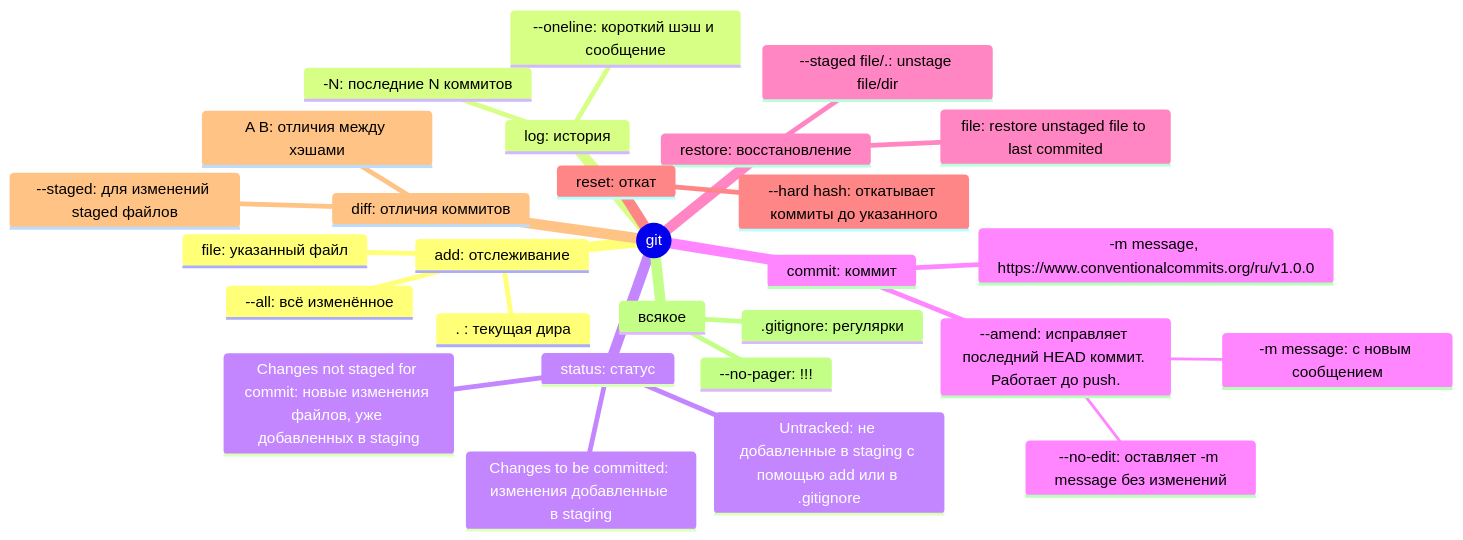
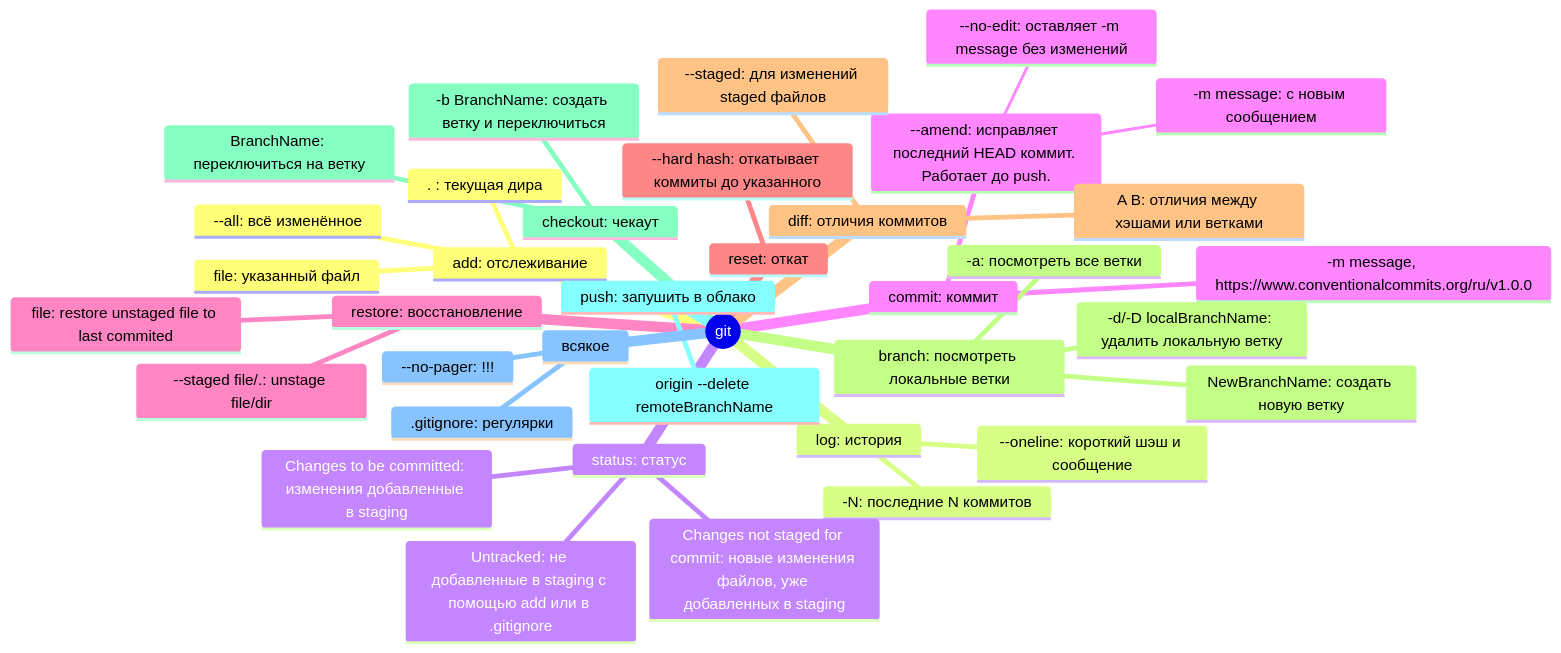
One commit to virtua10ne/wannabe_devops changed the diagram in README.md. Above: the diagram before and after it, drawn with Mermaid.

Commit message:
README: changes to mindmap

````diff
--- a/README.md
+++ b/README.md
@@ -68,31 +68,40 @@
 ```mermaid
 mindmap
   root((git))
     add: отслеживание
       . : текущая дира
       file: указанный файл
       --all: всё изменённое
     log: история
       --oneline: короткий шэш и сообщение
       -N: последние N коммитов
     status: статус
       Untracked: не добавленные в staging с помощью add или в .gitignore
       Changes not staged for commit: новые изменения файлов, уже добавленных в staging
       Changes to be committed: изменения добавленные в staging
     commit: коммит
       -m message, https://www.conventionalcommits.org/ru/v1.0.0
       --amend: исправляет последний HEAD коммит. Работает до push.
         -m message: с новым сообщением
         --no-edit: оставляет -m message без изменений
     restore: восстановление
       file: restore unstaged file to last commited
       --staged file/.: unstage file/dir
     reset: откат
       --hard hash: откатывает коммиты до указанного
     diff: отличия коммитов
       --staged: для изменений staged файлов
-      A B: отличия между хэшами
+      A B: отличия между хэшами или ветками
+    branch: посмотреть локальные ветки
+      -a: посмотреть все ветки
+      NewBranchName: создать новую ветку
+      -d/-D localBranchName: удалить локальную ветку
+    checkout: чекаут
+      BranchName: переключиться на ветку
+      -b BranchName: создать ветку и переключиться
+    push: запушить в облако
+      origin --delete remoteBranchName
     всякое
       --no-pager: !!!
       .gitignore: регулярки
 ```
````
